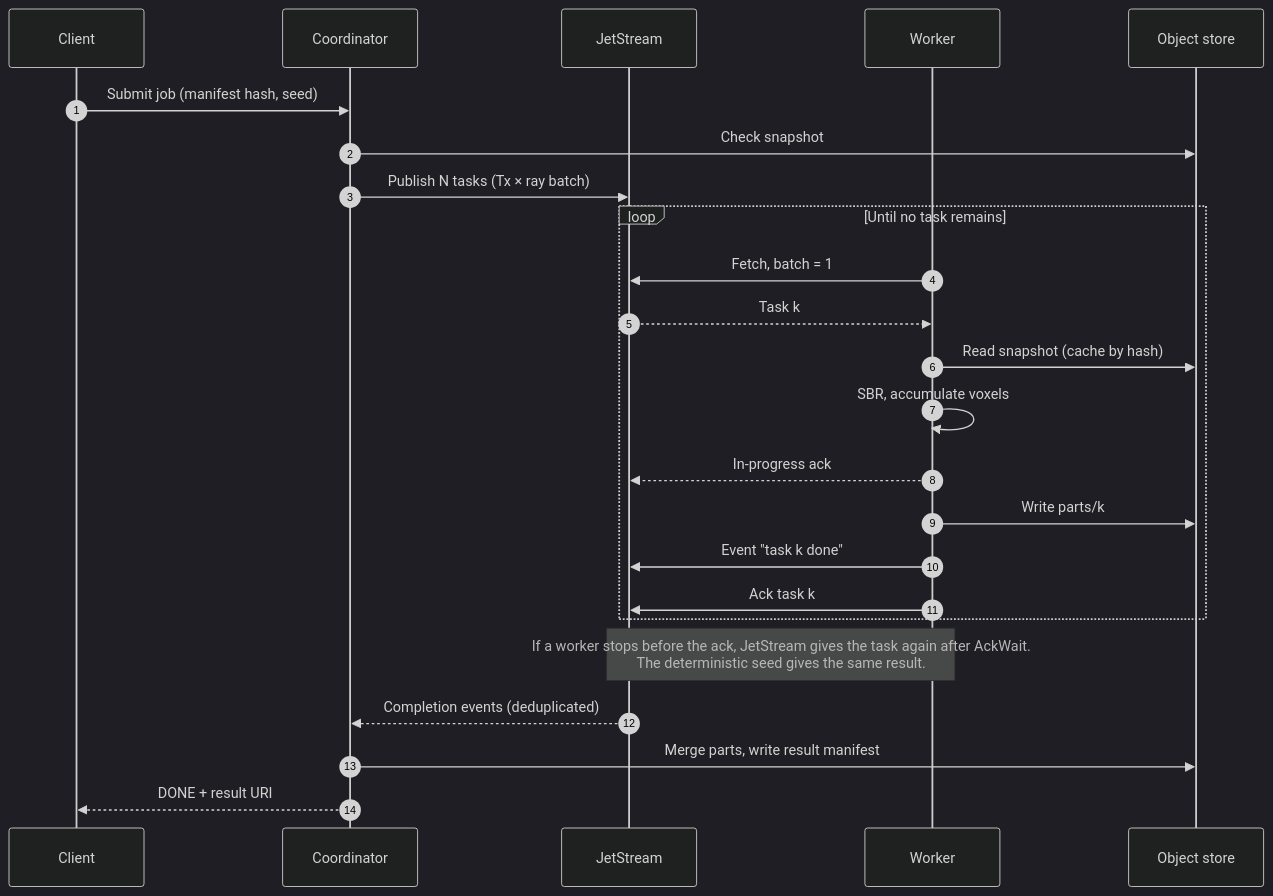
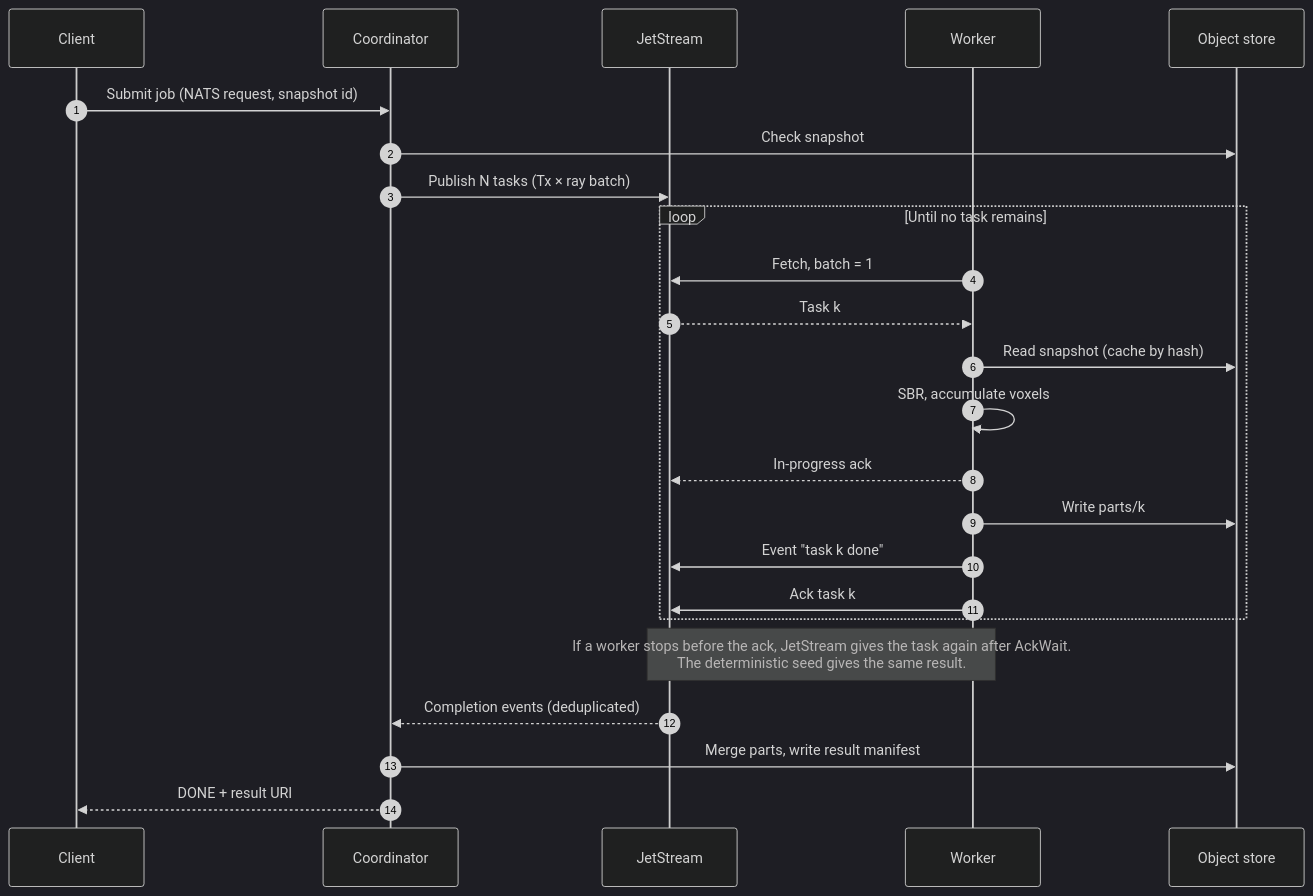
The third of 10 diagrams in README.md (NguyenVu04/ray-twin), drawn with Mermaid (dark theme) before and after one commit. The commit also changed other lines of this file and 20 other files, not shown here.

Commit message:
update architecture

````diff
--- a/README.md
+++ b/README.md
@@ -188,26 +193,26 @@
 ```mermaid
 sequenceDiagram
     autonumber
     participant C as Client
     participant K as Coordinator
     participant J as JetStream
     participant W as Worker
     participant S as Object store
-    C->>K: Submit job (manifest hash, seed)
+    C->>K: Submit job (NATS request, snapshot id)
     K->>S: Check snapshot
     K->>J: Publish N tasks (Tx × ray batch)
     loop Until no task remains
         W->>J: Fetch, batch = 1
         J-->>W: Task k
         W->>S: Read snapshot (cache by hash)
         W->>W: SBR, accumulate voxels
         W-->>J: In-progress ack
         W->>S: Write parts/k
         W->>J: Event "task k done"
         W->>J: Ack task k
     end
     Note over J,W: If a worker stops before the ack, JetStream gives the task again after AckWait.<br/>The deterministic seed gives the same result.
     J-->>K: Completion events (deduplicated)
     K->>S: Merge parts, write result manifest
     K-->>C: DONE + result URI
 ```
````
